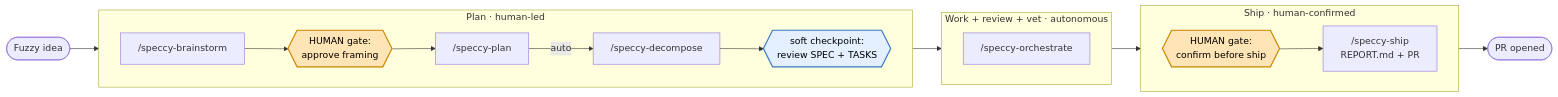
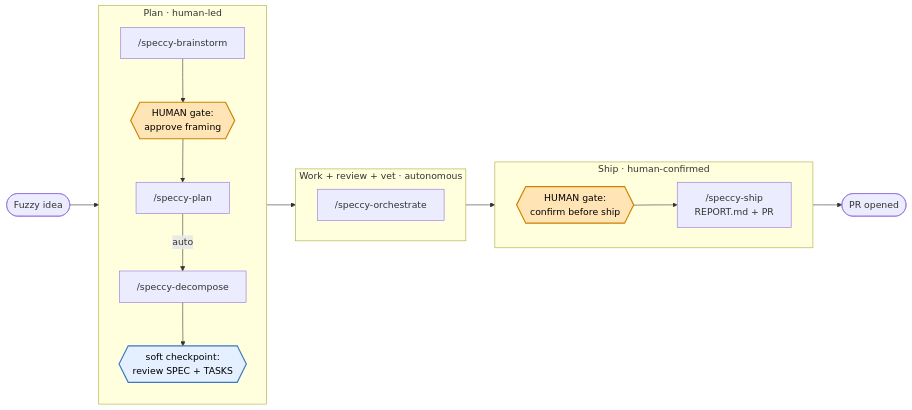
One commit to kvnxiao/speccy changed the diagram in README.md. Above: the diagram before and after it, drawn with Mermaid.

Commit message:
Stack the Plan subgraph vertically
Set direction TB on just the Plan subgraph so its 5-node chain stacks
instead of running wide; the three zones and the Loop/Ship subgraphs
stay horizontal (LR).

````diff
--- a/README.md
+++ b/README.md
@@ -98,36 +98,36 @@
 ```mermaid
 flowchart LR
     Idea([Fuzzy idea])
 
     subgraph Plan [Plan · human-led]
-      direction LR
+      direction TB
       Brain["/speccy-brainstorm"]
       G1{{HUMAN gate:<br/>approve framing}}
       PlanCmd["/speccy-plan"]
       Decomp["/speccy-decompose"]
       C1{{soft checkpoint:<br/>review SPEC + TASKS}}
       Brain --> G1 --> PlanCmd -->|auto| Decomp --> C1
     end
 
     subgraph Loop [Work + review + vet · autonomous]
       direction LR
       Orch["/speccy-orchestrate"]
     end
 
     subgraph Ship [Ship · human-confirmed]
       direction LR
       G2{{HUMAN gate:<br/>confirm before ship}}
       ShipCmd["/speccy-ship<br/>REPORT.md + PR"]
       G2 --> ShipCmd
     end
 
     Idea --> Brain
     C1 --> Orch
     Orch --> G2
     ShipCmd --> Done([PR opened])
 
     classDef human fill:#ffe4b5,stroke:#cc8400,stroke-width:2px,color:#000
     class G1,G2 human
     classDef soft fill:#e4f0ff,stroke:#3b78c2,stroke-width:2px,color:#000
     class C1 soft
 ```
````
